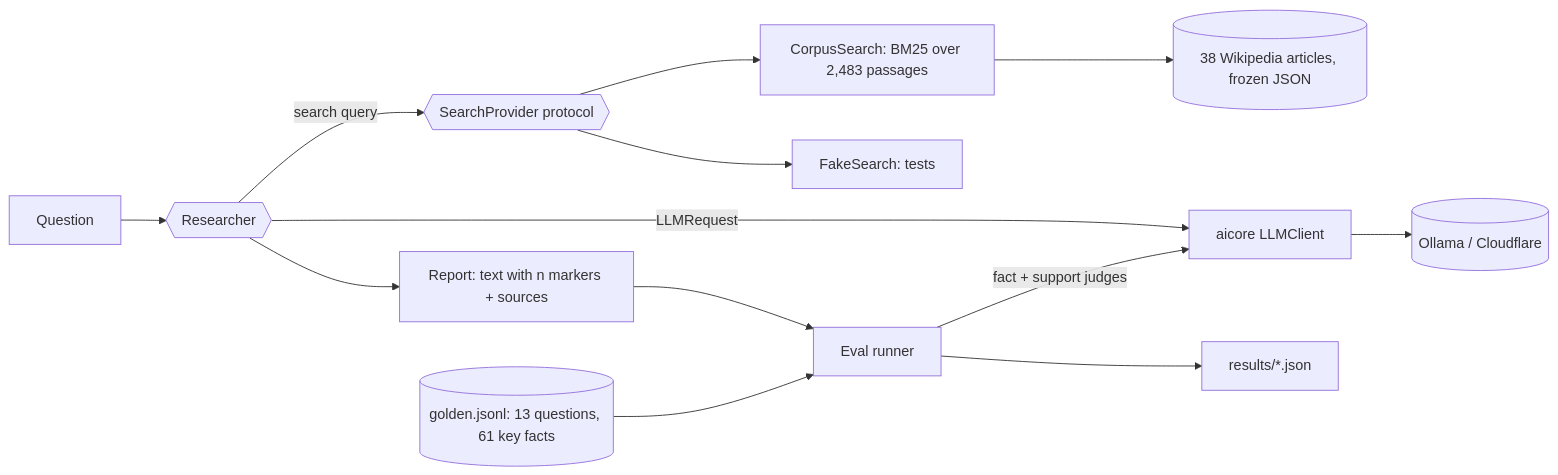
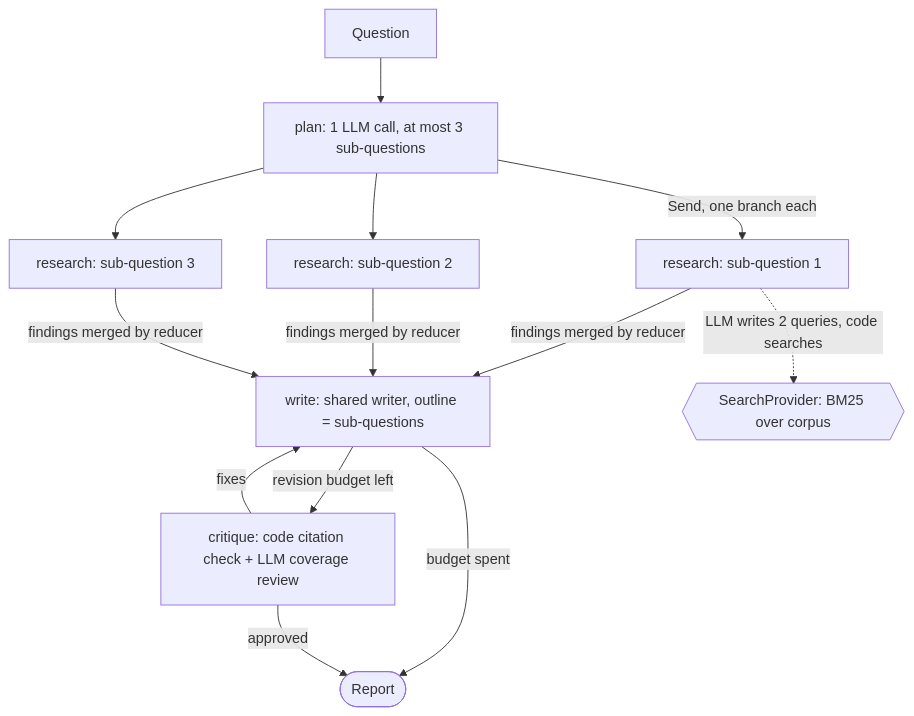
One commit to jayvyas133/genai-portfolio changed the diagram in projects/02-deep-research/README.md. Above: the diagram before and after it, drawn with Mermaid. The commit also changed other lines of this file and 12 other files, not shown here.

Commit message:
feat(deep-research): LangGraph agent graph with parallel researchers and critic

````diff
--- a/projects/02-deep-research/README.md
+++ b/projects/02-deep-research/README.md
@@ -31,15 +30,13 @@
 ```mermaid
-flowchart LR
-    Q[Question] --> R{{Researcher}}
-    R -->|search query| S{{SearchProvider protocol}}
-    S --> CS[CorpusSearch: BM25 over 2,483 passages]
-    S --> FS[FakeSearch: tests]
-    CS --> C[(38 Wikipedia articles, frozen JSON)]
-    R -->|LLMRequest| A[aicore LLMClient]
-    A --> O[(Ollama / Cloudflare)]
-    R --> REP[Report: text with n markers + sources]
-    REP --> E[Eval runner]
-    G[(golden.jsonl: 13 questions, 61 key facts)] --> E
-    E -->|fact + support judges| A
-    E --> J[results/*.json]
+flowchart TD
+    Q[Question] --> P[plan: 1 LLM call, at most 3 sub-questions]
+    P -->|Send, one branch each| R1[research: sub-question 1]
+    P --> R2[research: sub-question 2]
+    P --> R3[research: sub-question 3]
+    R1 & R2 & R3 -->|findings merged by reducer| W[write: shared writer, outline = sub-questions]
+    W -->|revision budget left| C[critique: code citation check + LLM coverage review]
+    W -->|budget spent| E([Report])
+    C -->|approved| E
+    C -->|fixes| W
+    R1 -.->|LLM writes 2 queries, code searches| S{{SearchProvider: BM25 over corpus}}
 ```
````
